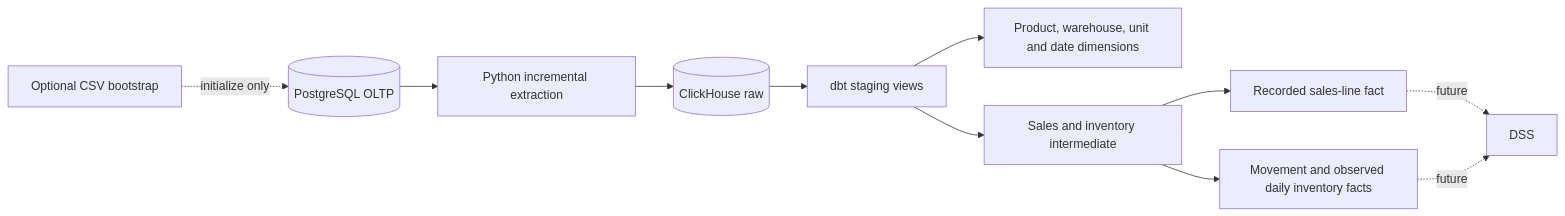
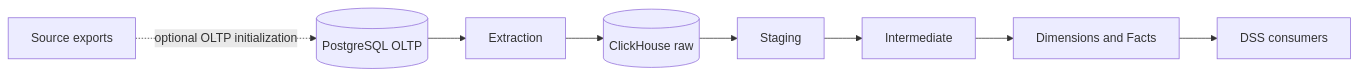
The diagram in docs/architecture.md (ducklemon596/inventory-dw-dss), drawn with Mermaid before and after one commit. The commit also changed other lines of this file and 60 other files, not shown here.

````diff
--- a/docs/architecture.md
+++ b/docs/architecture.md
@@ -3,12 +5,10 @@
 ```mermaid
 flowchart LR
-    CSV[Optional CSV bootstrap] -. initialize only .-> PG[(PostgreSQL OLTP)]
-    PG --> EX[Python incremental extraction] --> RAW[(ClickHouse raw)]
-    RAW --> ST[dbt staging views]
-    ST --> D[Product, warehouse, unit and date dimensions]
-    ST --> INT[Sales and inventory intermediate]
-    INT --> SF[Recorded sales-line fact]
-    INT --> IF[Movement and observed daily inventory facts]
-    SF -. future .-> DSS[DSS]
-    IF -. future .-> DSS
+    OLTP[(PostgreSQL OLTP)] --> EXT[Extraction]
+    EXT --> RAW[(ClickHouse raw)]
+    RAW --> ST[Staging]
+    ST --> INT[Intermediate]
+    INT --> MART[Dimensions and Facts]
+    MART --> DSS[DSS consumers]
+    CSV[Source exports] -. optional OLTP initialization .-> OLTP
 ```
````
